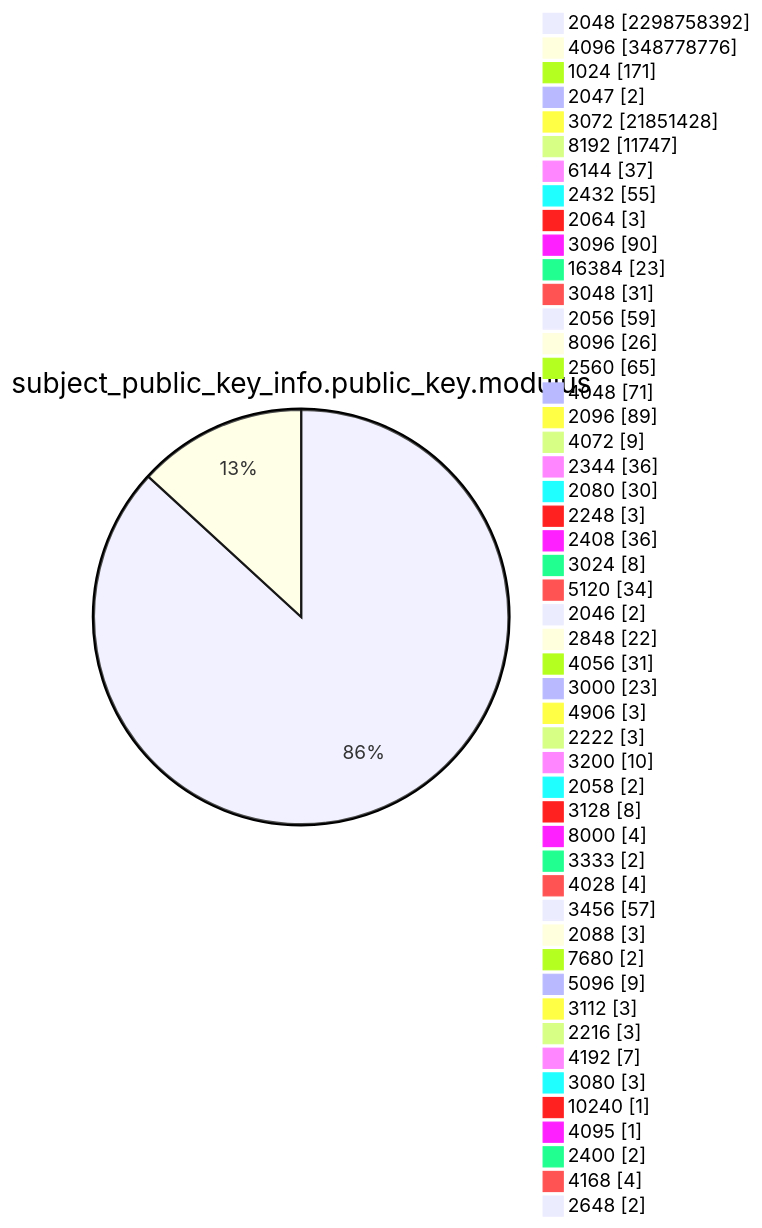
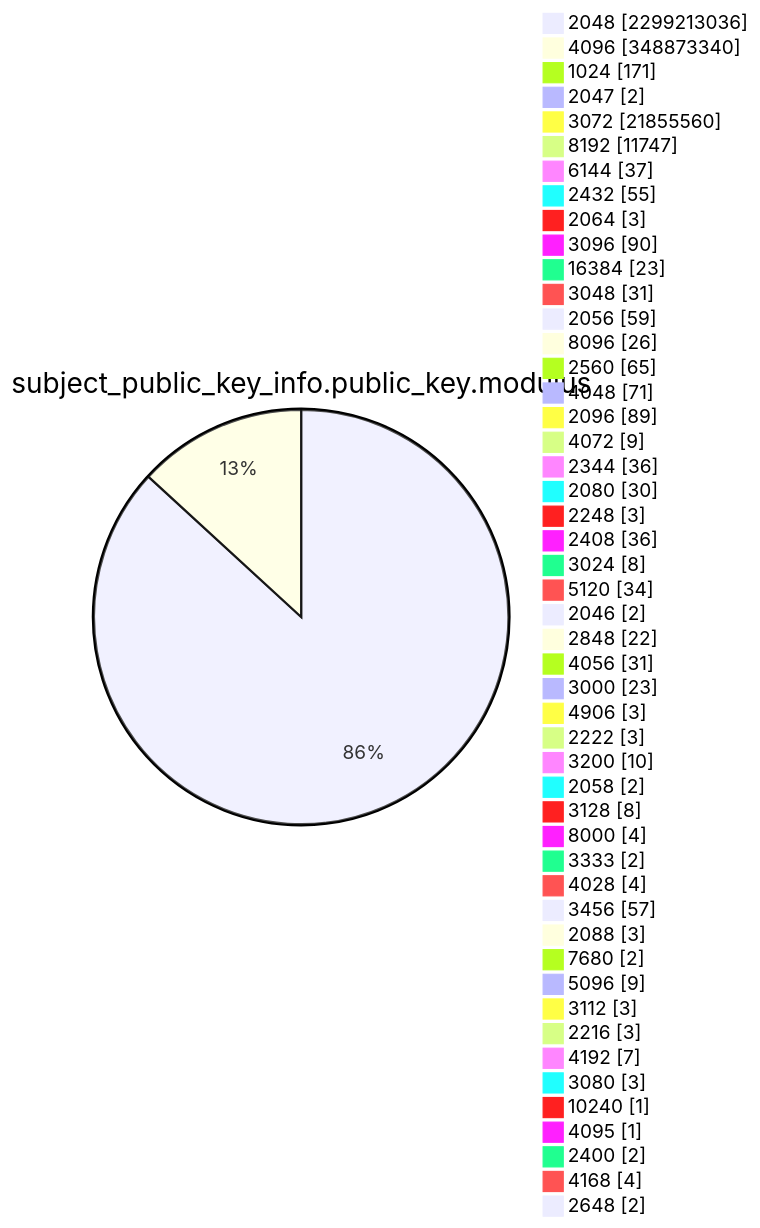
Diagram 13 of 15 in TOTAL/README.md (christiankrug/ctmonitor_visualization), drawn with Mermaid before and after one commit. The commit also changed other lines of this file, not shown here.

````diff
--- a/TOTAL/README.md
+++ b/TOTAL/README.md
@@ -4165,53 +4165,53 @@
 ```mermaid
 pie showData
 title subject_public_key_info.public_key.modulus
-"2048" :2298758392
-"4096" :348778776
+"2048" :2299213036
+"4096" :348873340
 "1024" :171
 "2047" :2
-"3072" :21851428
+"3072" :21855560
 "8192" :11747
 "6144" :37
 "2432" :55
 "2064" :3
 "3096" :90
 "16384" :23
 "3048" :31
 "2056" :59
 "8096" :26
 "2560" :65
 "4048" :71
 "2096" :89
 "4072" :9
 "2344" :36
 "2080" :30
 "2248" :3
 "2408" :36
 "3024" :8
 "5120" :34
 "2046" :2
 "2848" :22
 "4056" :31
 "3000" :23
 "4906" :3
 "2222" :3
 "3200" :10
 "2058" :2
 "3128" :8
 "8000" :4
 "3333" :2
 "4028" :4
 "3456" :57
 "2088" :3
 "7680" :2
 "5096" :9
 "3112" :3
 "2216" :3
 "4192" :7
 "3080" :3
 "10240" :1
 "4095" :1
 "2400" :2
 "4168" :4
 "2648" :2
 ```
````
